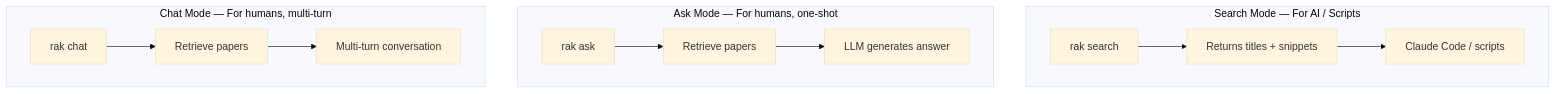
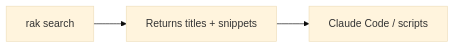
One commit to Agents365-ai/zotero-rag-cli changed the second of 7 diagrams in README_EN.md. Above: the diagram before and after it, drawn with Mermaid (base theme). The commit also changed other lines of this file and 1 other file, not shown here.

Commit message:
docs: split three modes into separate flow diagrams

````diff
--- a/README_EN.md
+++ b/README_EN.md
@@ -22,17 +22,4 @@
 ```mermaid
-graph TD
-    subgraph "Search Mode — For AI / Scripts"
-        S1[rak search] --> S2[Returns titles + snippets]
-        S2 --> S3[Claude Code / scripts]
-    end
-
-    subgraph "Ask Mode — For humans, one-shot"
-        A1[rak ask] --> A2[Retrieve papers]
-        A2 --> A3[LLM generates answer]
-    end
-
-    subgraph "Chat Mode — For humans, multi-turn"
-        C1[rak chat] --> C2[Retrieve papers]
-        C2 --> C3[Multi-turn conversation]
-    end
+graph LR
+    S1[rak search] --> S2[Returns titles + snippets] --> S3[Claude Code / scripts]
 ```
````
